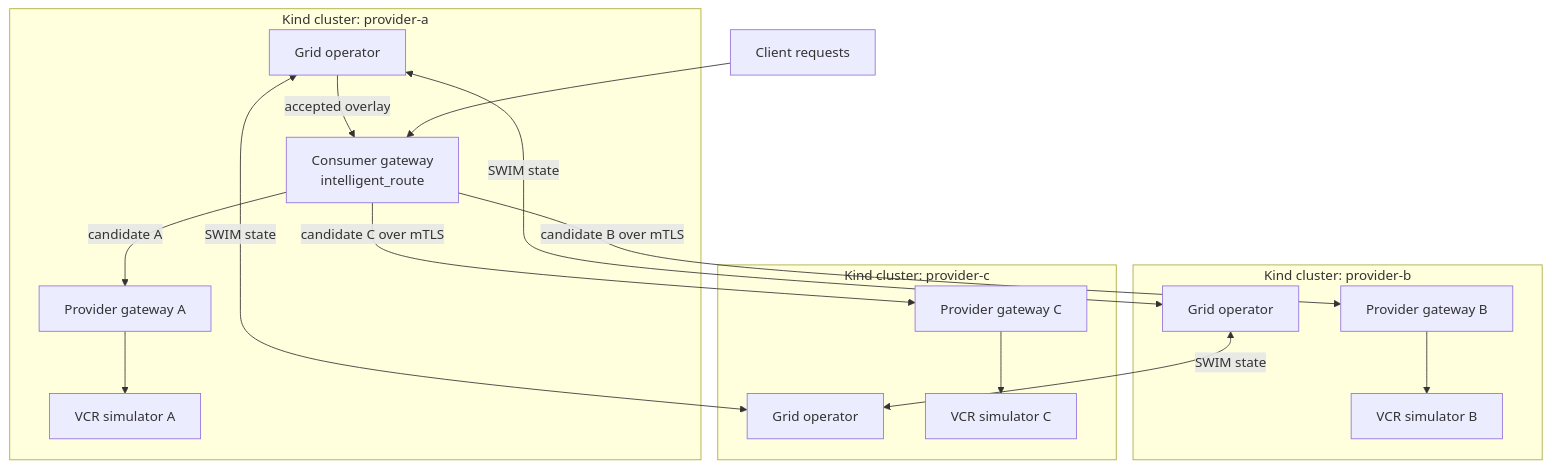
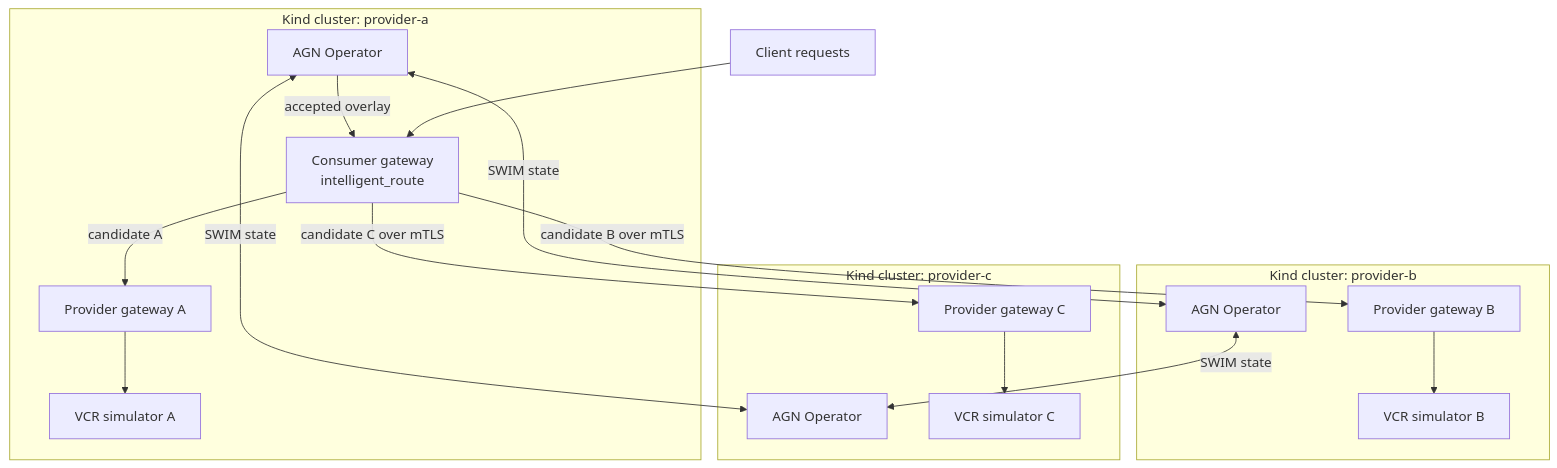
Before and after one commit to evacchi/grid: the first of 4 diagrams in tests/e2e/topologies/grid-provider-traffic/README.md, drawn with Mermaid. The commit also changed other lines of this file and 44 other files, not shown here.

````diff
--- a/tests/e2e/topologies/grid-provider-traffic/README.md
+++ b/tests/e2e/topologies/grid-provider-traffic/README.md
@@ -15,36 +15,36 @@
 ```mermaid
 flowchart TB
     client[Client requests]
 
     subgraph a[Kind cluster: provider-a]
         consumer[Consumer gateway<br/>intelligent_route]
-        operatorA[Grid operator]
+        operatorA[AGN Operator]
         gatewayA[Provider gateway A]
         simulatorA[VCR simulator A]
         operatorA -->|accepted overlay| consumer
         gatewayA --> simulatorA
     end
 
     subgraph b[Kind cluster: provider-b]
-        operatorB[Grid operator]
+        operatorB[AGN Operator]
         gatewayB[Provider gateway B]
         simulatorB[VCR simulator B]
         gatewayB --> simulatorB
     end
 
     subgraph c[Kind cluster: provider-c]
-        operatorC[Grid operator]
+        operatorC[AGN Operator]
         gatewayC[Provider gateway C]
         simulatorC[VCR simulator C]
         gatewayC --> simulatorC
     end
 
     client --> consumer
     consumer -->|candidate A| gatewayA
     consumer -->|candidate B over mTLS| gatewayB
     consumer -->|candidate C over mTLS| gatewayC
 
     operatorA <-->|SWIM state| operatorB
     operatorB <-->|SWIM state| operatorC
     operatorC <-->|SWIM state| operatorA
 ```
````
